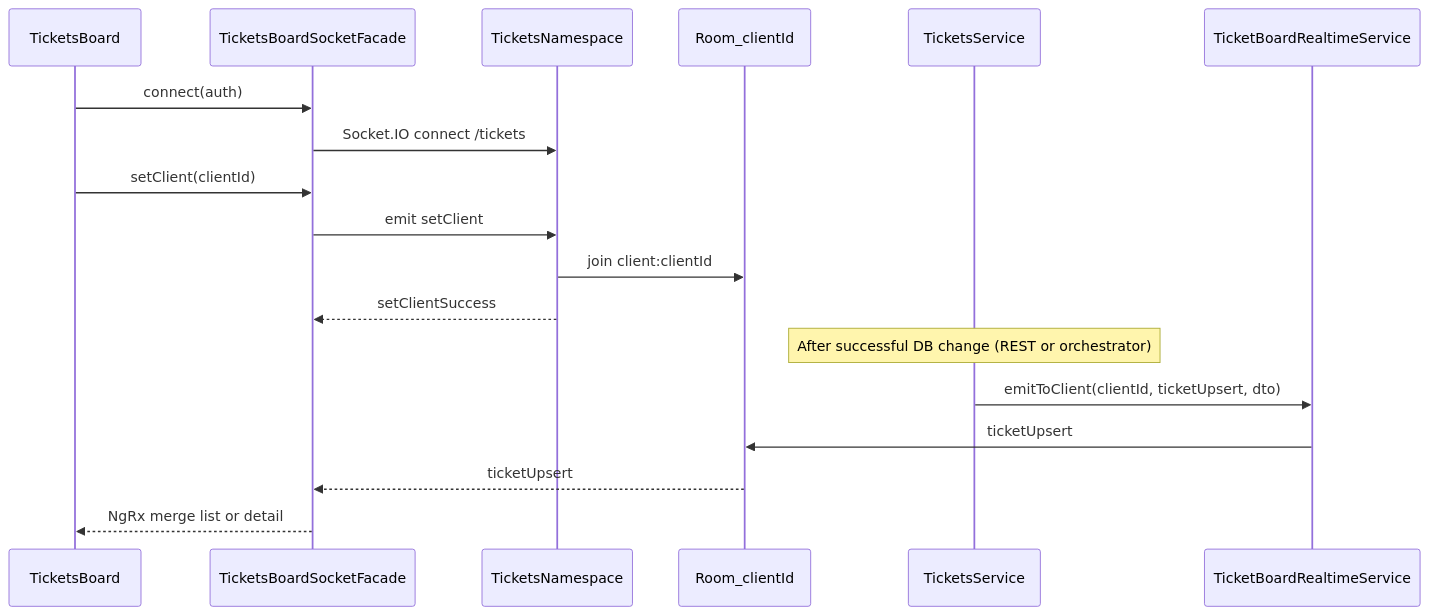
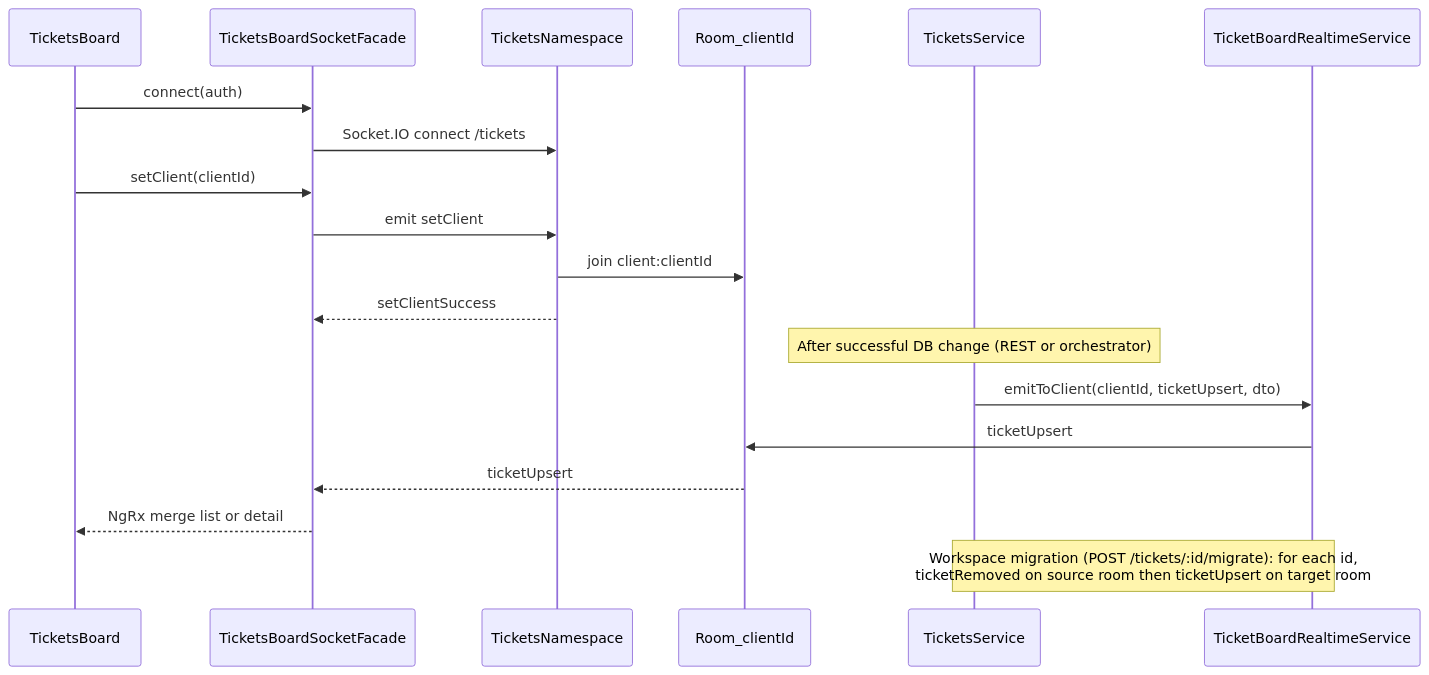
One commit to forepath/agenstra changed the diagram in libs/domains/framework/backend/feature-agent-controller/docs/ticket-board-realtime.mmd. Above: the diagram before and after it, drawn with Mermaid. The commit also changed 24 other files, not shown here.

Commit message:
feat: ticket cross-workspace migrations (#290)

```diff
--- a/libs/domains/framework/backend/feature-agent-controller/docs/ticket-board-realtime.mmd
+++ b/libs/domains/framework/backend/feature-agent-controller/docs/ticket-board-realtime.mmd
@@ -1,21 +1,23 @@
 %% Ticket board realtime (Socket.IO namespace `tickets`)
 sequenceDiagram
     participant Board as TicketsBoard
     participant Facade as TicketsBoardSocketFacade
     participant NS as TicketsNamespace
     participant Room as Room_clientId
     participant Svc as TicketsService
     participant RT as TicketBoardRealtimeService
 
     Board->>Facade: connect(auth)
     Facade->>NS: Socket.IO connect /tickets
     Board->>Facade: setClient(clientId)
     Facade->>NS: emit setClient
     NS->>Room: join client:clientId
     NS-->>Facade: setClientSuccess
 
     Note over Svc: After successful DB change (REST or orchestrator)
     Svc->>RT: emitToClient(clientId, ticketUpsert, dto)
     RT->>Room: ticketUpsert
     Room-->>Facade: ticketUpsert
     Facade-->>Board: NgRx merge list or detail
+
+    Note over Svc,RT: Workspace migration (POST /tickets/:id/migrate): for each id,<br/>ticketRemoved on source room then ticketUpsert on target room
```
